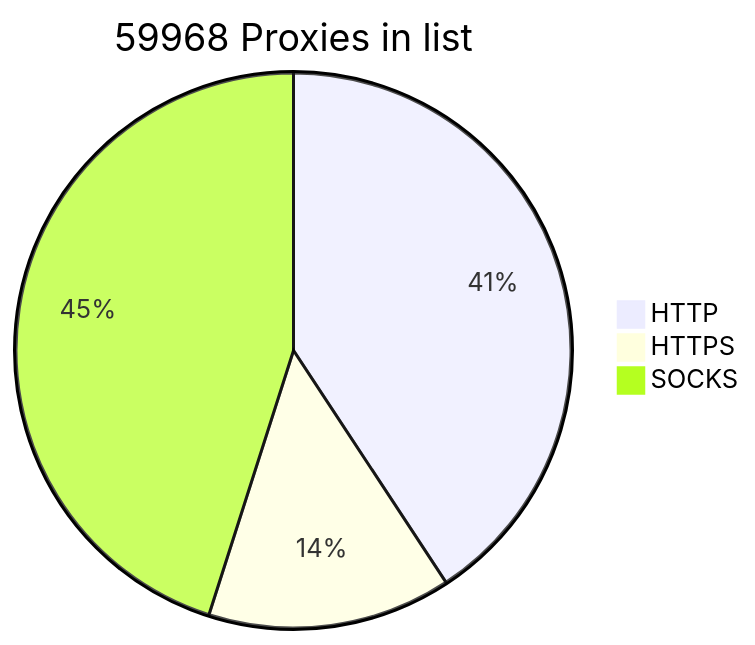
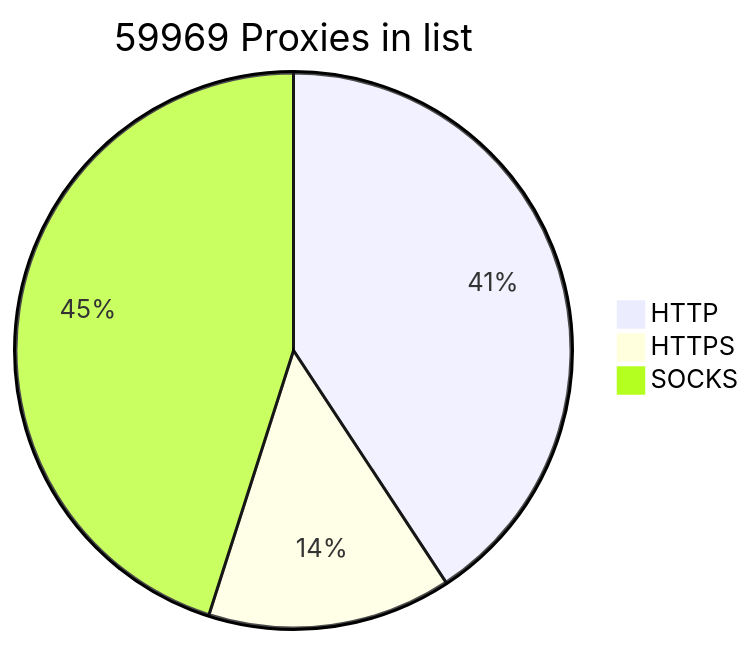
The diagram in README.md (BlackSnowDot/proxylist-update-every-minute), drawn with Mermaid before and after one commit.

````diff
--- a/README.md
+++ b/README.md
@@ -2,6 +2,6 @@
 ```mermaid
-pie title 59968 Proxies in list
+pie title 59969 Proxies in list
     "HTTP" : 27623
     "HTTPS": 9621
-    "SOCKS" : 30559
+    "SOCKS" : 30560
 ```
````
